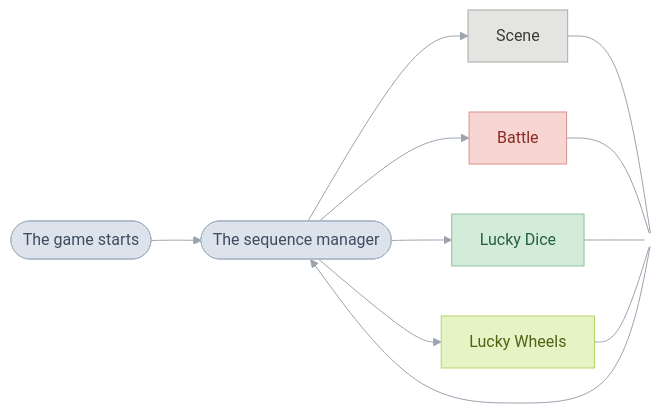
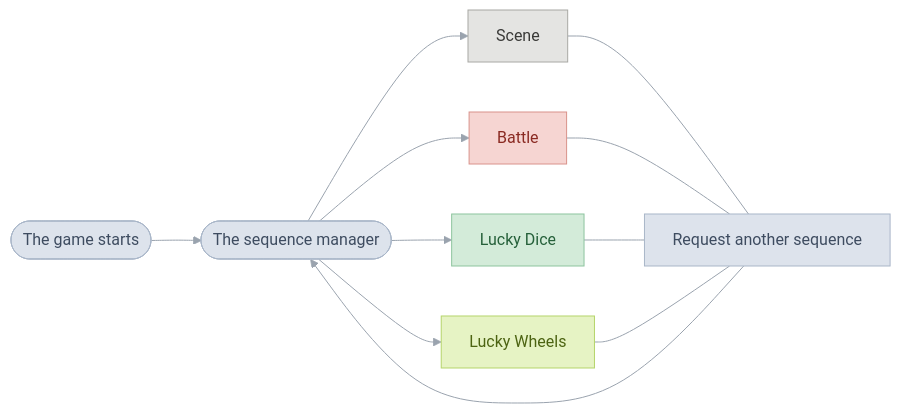
The first of 2 diagrams in games/tbs/README.md (PascalPixel/alchemy), drawn with Mermaid before and after one commit.

Commit message:
☀️ Front page: the sequence chart's join reads "Request another sequence"

````diff
--- a/games/tbs/README.md
+++ b/games/tbs/README.md
@@ -8,27 +8,24 @@
 ```mermaid
 %%{init: {"theme": "base", "themeVariables": {"lineColor": "#9AA3AE", "edgeLabelBackground": "#FFFFFF"}, "flowchart": {"curve": "basis", "padding": 14}}}%%
 flowchart LR
   start(["The game starts"]) --> loop(["The sequence manager"])
   loop --> scene["Scene"]
   loop --> battle["Battle"]
   loop --> dice["Lucky Dice"]
   loop --> wheels["Lucky Wheels"]
-  scene --- back(( ))
+  scene --- back["Request another sequence"]
   battle --- back
   dice --- back
   wheels --- back
   back --> loop
   classDef flow fill:#DDE3EC,stroke:#A9B6C8,color:#3E4C60
   classDef field fill:#E4E4E2,stroke:#A8A8A4,color:#3A3A38
   classDef fight fill:#F6D5D2,stroke:#D9928B,color:#8A2A22
   classDef dice fill:#D3EBD9,stroke:#8DC49E,color:#25603A
   classDef wheels fill:#E6F3C4,stroke:#B5D46A,color:#4C6312
-  classDef join fill:transparent,stroke:transparent
-  class start,loop flow
+  class start,loop,back flow
   class scene field
   class battle fight
   class dice dice
   class wheels wheels
-  class back join
-  style back width:1px,height:1px
 ```
````
